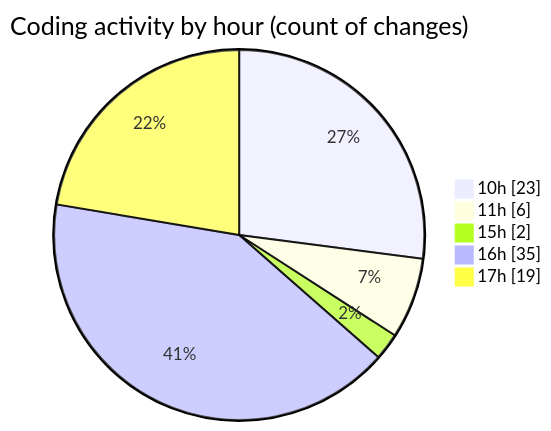
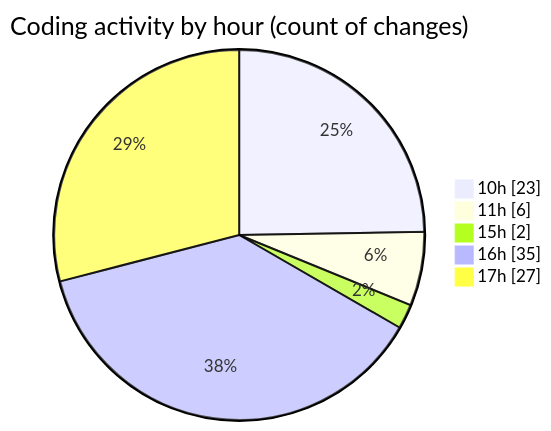
One commit to nxtqubesakshisongat/code-tracking changed the second of 2 diagrams in 2026-05-04/nxtqube_webapp/README.md. Above: the diagram before and after it, drawn with Mermaid. The commit also changed other lines of this file and 1 other file, not shown here.

````diff
--- a/2026-05-04/nxtqube_webapp/README.md
+++ b/2026-05-04/nxtqube_webapp/README.md
@@ -37,9 +37,9 @@
 ```mermaid
 pie showData
 title Coding activity by hour (count of changes)
 "10h" : 23
 "11h" : 6
 "15h" : 2
 "16h" : 35
-"17h" : 19
+"17h" : 27
 ```
````
